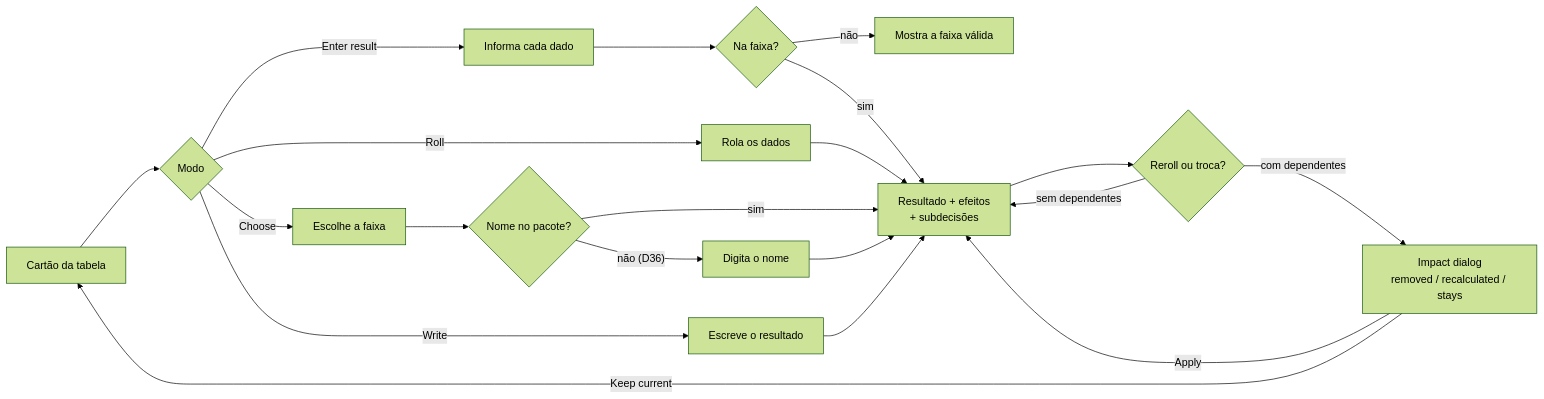
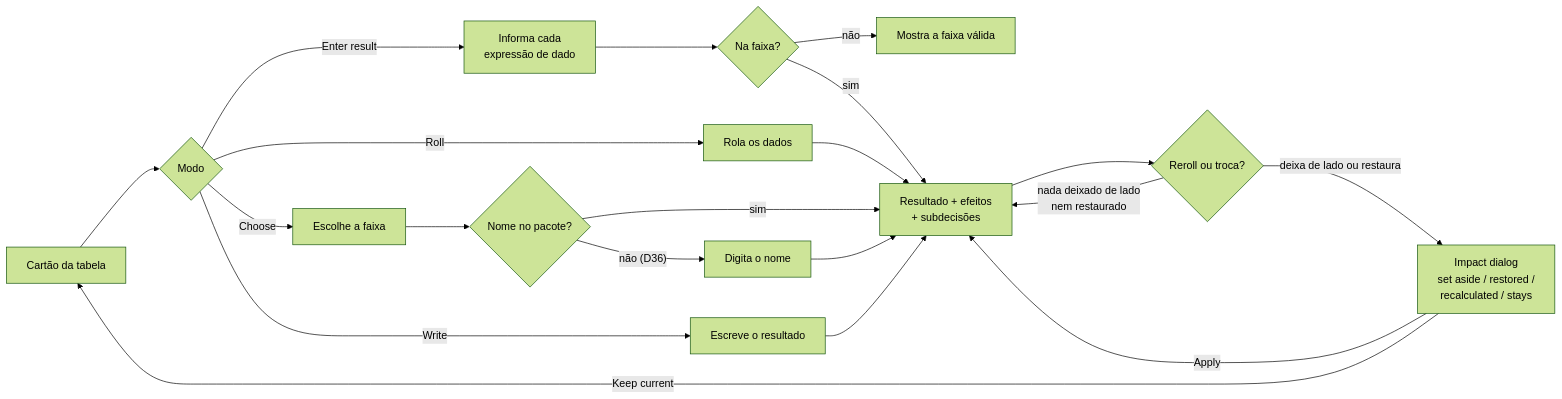
The third of 5 diagrams in docs/ux-foundations.md (AntonioVCruz/sotdl-character-generator), drawn with Mermaid (forest theme) before and after one commit. The commit also changed other lines of this file, not shown here.

Commit message:
ux-foundations: D40 nas telas 007, 015 e 018, D32 revista em 012/013, Enter result por expressão

````diff
--- a/docs/ux-foundations.md
+++ b/docs/ux-foundations.md
@@ -115,22 +115,22 @@
 ```mermaid
 flowchart LR
     card["Cartão da tabela"] --> mode{"Modo"}
     mode -->|"Roll"| roll["Rola os dados"]
     mode -->|"Choose"| choose["Escolhe a faixa"]
     mode -->|"Write"| write["Escreve o resultado"]
-    mode -->|"Enter result"| enter["Informa cada dado"]
+    mode -->|"Enter result"| enter["Informa cada<br/>expressão de dado"]
     enter --> valid{"Na faixa?"}
     valid -->|"não"| err["Mostra a faixa válida"]
     valid -->|"sim"| result
     roll --> result["Resultado + efeitos<br/>+ subdecisões"]
     choose --> name{"Nome no pacote?"}
     name -->|"não (D36)"| typename["Digita o nome"]
     name -->|"sim"| result
     typename --> result
     write --> result
     result --> again{"Reroll ou troca?"}
-    again -->|"sem dependentes"| result
-    again -->|"com dependentes"| dlg["Impact dialog<br/>removed / recalculated / stays"]
+    again -->|"nada deixado de lado<br/>nem restaurado"| result
+    again -->|"deixa de lado ou restaura"| dlg["Impact dialog<br/>set aside / restored /<br/>recalculated / stays"]
     dlg -->|"Apply"| result
     dlg -->|"Keep current"| card
 ```
````
